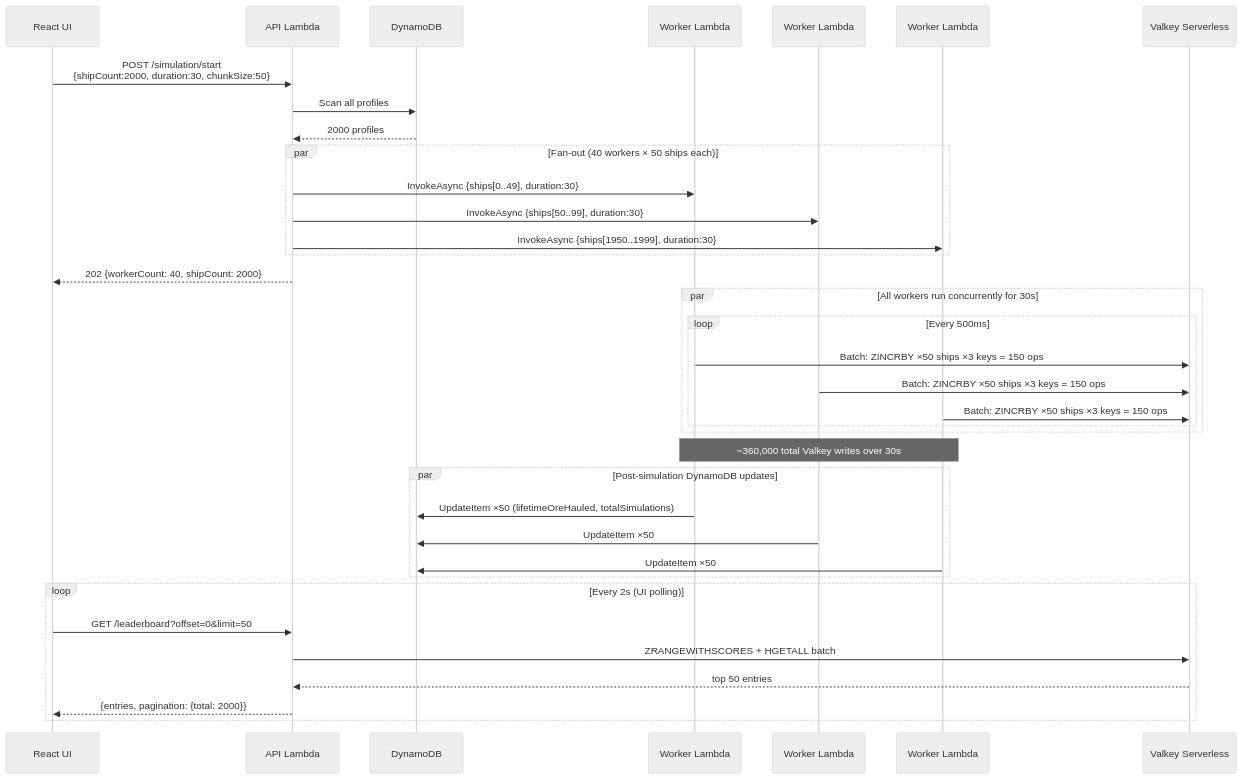
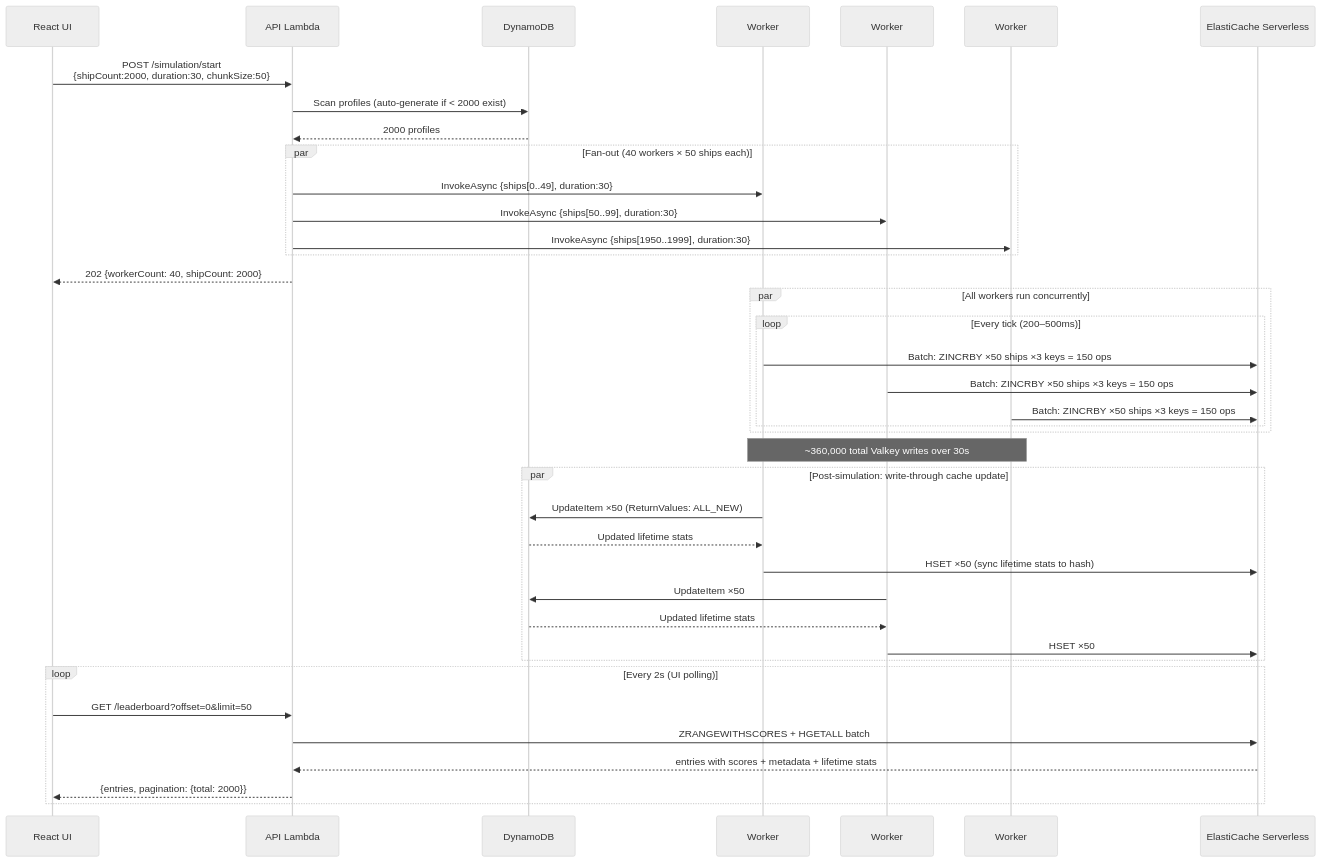
The fourth of 5 diagrams in ARCHITECTURE.md (rickrams/galactic-mining-league), drawn with Mermaid (neutral theme) before and after one commit. The commit also changed other lines of this file, not shown here.

Commit message:
Update ARCHITECTURE.md: fix ElastiCache Serverless naming, add load test flow, write-through detail, remove stale NAT references

````diff
--- a/ARCHITECTURE.md
+++ b/ARCHITECTURE.md
@@ -104,45 +115,48 @@
 ```mermaid
 sequenceDiagram
     participant UI as React UI
     participant API as API Lambda
     participant DDB as DynamoDB
-    participant W1 as Worker Lambda #1
-    participant W2 as Worker Lambda #2
-    participant WN as Worker Lambda #N
-    participant V as Valkey Serverless
+    participant W1 as Worker #1
+    participant W2 as Worker #2
+    participant WN as Worker #N
+    participant V as ElastiCache Serverless
 
     UI->>API: POST /simulation/start<br/>{shipCount:2000, duration:30, chunkSize:50}
-    API->>DDB: Scan all profiles
+    API->>DDB: Scan profiles (auto-generate if < 2000 exist)
     DDB-->>API: 2000 profiles
-    
+
     par Fan-out (40 workers × 50 ships each)
         API->>W1: InvokeAsync {ships[0..49], duration:30}
         API->>W2: InvokeAsync {ships[50..99], duration:30}
         API->>WN: InvokeAsync {ships[1950..1999], duration:30}
     end
-    
+
     API-->>UI: 202 {workerCount: 40, shipCount: 2000}
 
-    par All workers run concurrently for 30s
-        loop Every 500ms
+    par All workers run concurrently
+        loop Every tick (200–500ms)
             W1->>V: Batch: ZINCRBY ×50 ships ×3 keys = 150 ops
             W2->>V: Batch: ZINCRBY ×50 ships ×3 keys = 150 ops
             WN->>V: Batch: ZINCRBY ×50 ships ×3 keys = 150 ops
         end
     end
 
     Note over W1,WN: ~360,000 total Valkey writes over 30s
 
-    par Post-simulation DynamoDB updates
-        W1->>DDB: UpdateItem ×50 (lifetimeOreHauled, totalSimulations)
+    par Post-simulation: write-through cache update
+        W1->>DDB: UpdateItem ×50 (ReturnValues: ALL_NEW)
+        DDB-->>W1: Updated lifetime stats
+        W1->>V: HSET ×50 (sync lifetime stats to hash)
         W2->>DDB: UpdateItem ×50
-        WN->>DDB: UpdateItem ×50
+        DDB-->>W2: Updated lifetime stats
+        W2->>V: HSET ×50
     end
 
     loop Every 2s (UI polling)
         UI->>API: GET /leaderboard?offset=0&limit=50
         API->>V: ZRANGEWITHSCORES + HGETALL batch
-        V-->>API: top 50 entries
+        V-->>API: entries with scores + metadata + lifetime stats
         API-->>UI: {entries, pagination: {total: 2000}}
     end
 ```
````
